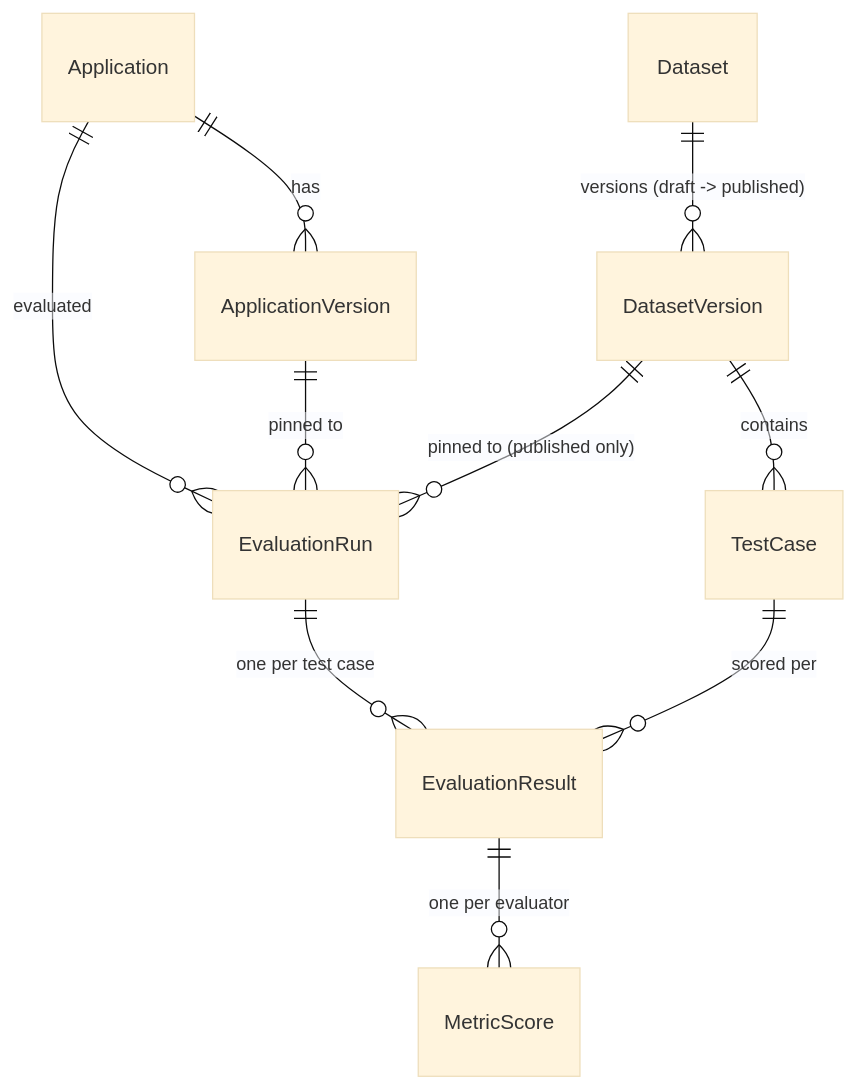
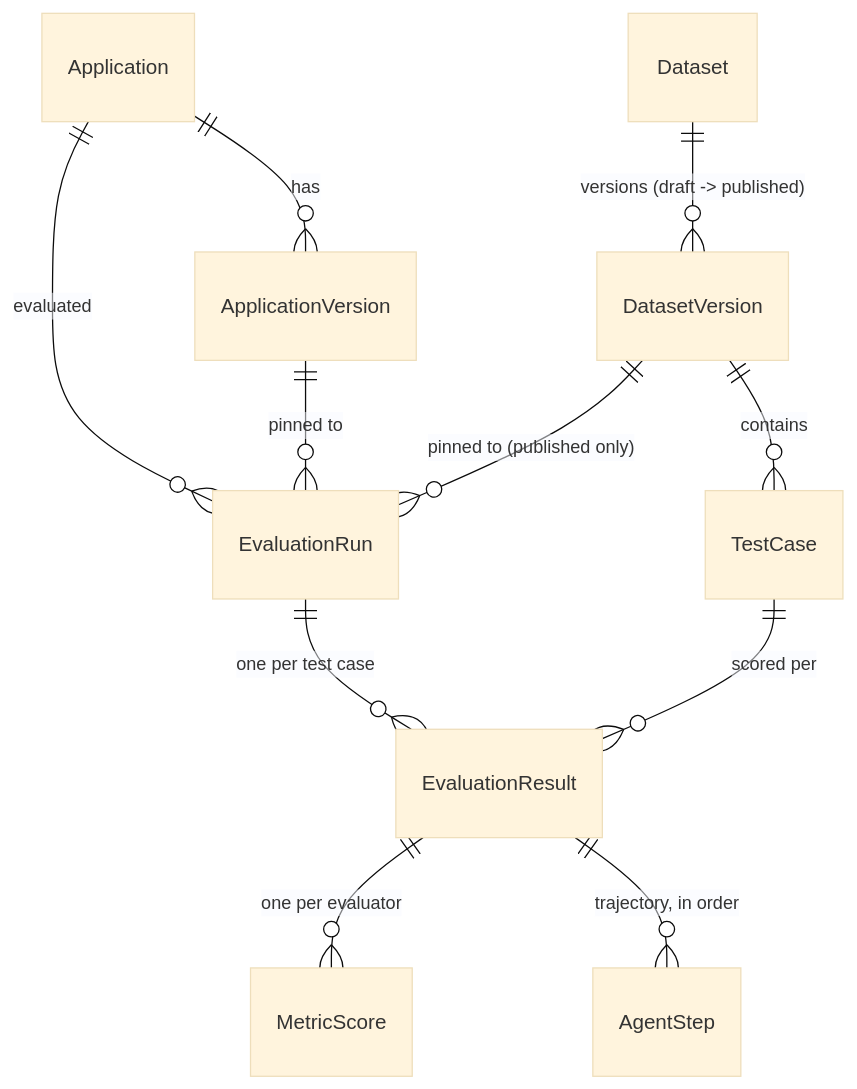
One commit to roshano3o3/agentforge changed the second of 2 diagrams in docs/architecture.md. Above: the diagram before and after it, drawn with Mermaid (base theme). The commit also changed other lines of this file and 21 other files, not shown here.

First line of the commit message:
Phase 3 Part B: trajectory timeline UI, Playwright trajectory tests, docs

````diff
--- a/docs/architecture.md
+++ b/docs/architecture.md
@@ -97,12 +97,13 @@
 ```mermaid
 erDiagram
     Application ||--o{ ApplicationVersion : has
     Dataset ||--o{ DatasetVersion : "versions (draft -> published)"
     DatasetVersion ||--o{ TestCase : contains
     Application ||--o{ EvaluationRun : evaluated
     ApplicationVersion ||--o{ EvaluationRun : "pinned to"
     DatasetVersion ||--o{ EvaluationRun : "pinned to (published only)"
     EvaluationRun ||--o{ EvaluationResult : "one per test case"
     TestCase ||--o{ EvaluationResult : "scored per"
     EvaluationResult ||--o{ MetricScore : "one per evaluator"
+    EvaluationResult ||--o{ AgentStep : "trajectory, in order"
 ```
````
